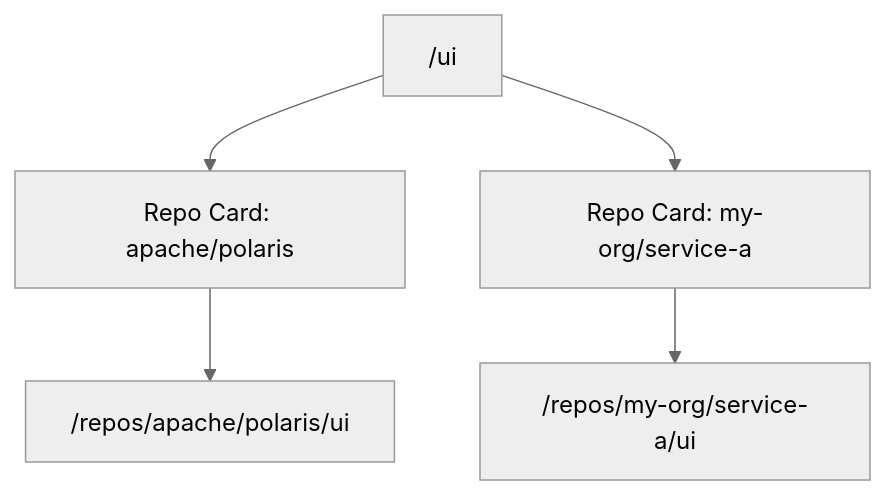
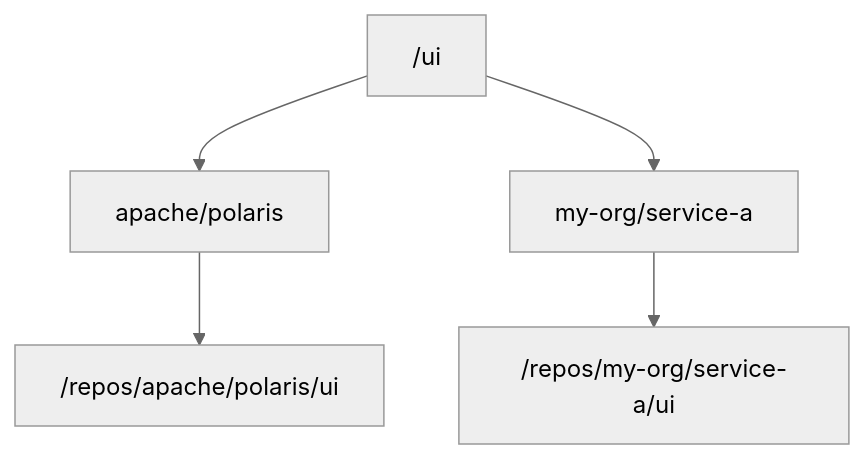
The first of 2 diagrams in docs/multi-repo-support-plan.md (flyrain/pr-intelligence), drawn with Mermaid (neutral theme) before and after one commit. The commit also changed other lines of this file, not shown here.

Commit message:
Simplify multi-repo support plan

````diff
--- a/docs/multi-repo-support-plan.md
+++ b/docs/multi-repo-support-plan.md
@@ -110,7 +13,7 @@
 ```mermaid
 flowchart TD
-    A["/ui"] --> B["Repo Card: apache/polaris"]
-    A --> C["Repo Card: my-org/service-a"]
+    A["/ui"] --> B["apache/polaris"]
+    A --> C["my-org/service-a"]
     B --> D["/repos/apache/polaris/ui"]
     C --> E["/repos/my-org/service-a/ui"]
 ```
````
